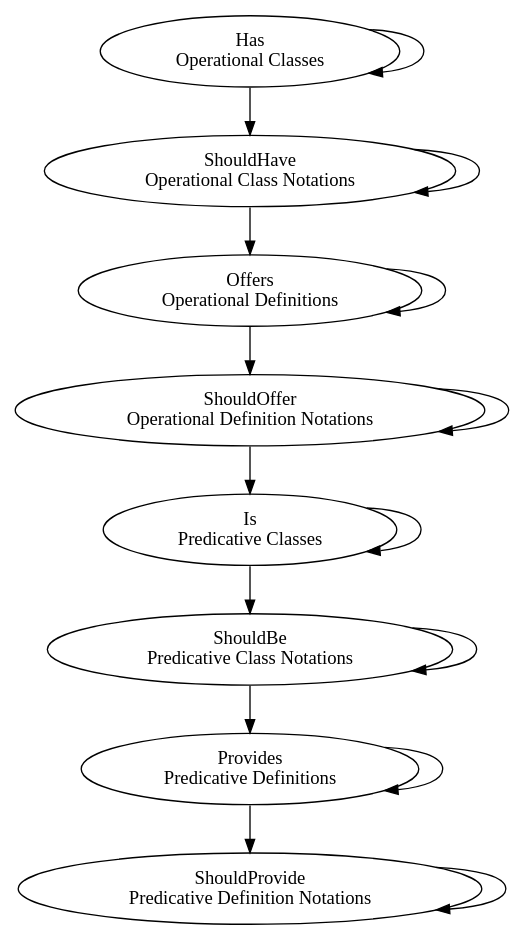
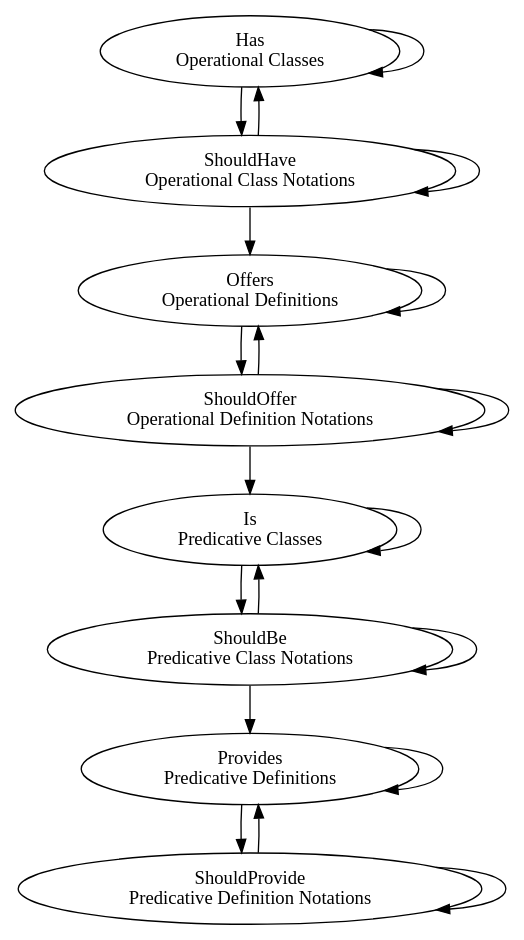
Before and after one commit to Tuplanolla/dez: the diagram in prototype/hierarchy.dot, drawn with Graphviz. The commit also changed 1 other file, not shown here.

```diff
--- a/prototype/hierarchy.dot
+++ b/prototype/hierarchy.dot
@@ -1,78 +1,89 @@
 digraph hierarchy {
   // Ideally, we would use the following alphabetical list.
 
   /*
   Does [label = "\N\nOperational Classes"]
   Entails [label = "\N\nOperational Class Notations"]
   Gives [label = "\N\nOperational Definitions"]
   Has [label = "\N\nOperational Definition Notations"]
   Is [label = "\N\nPredicative Classes"]
   Justifies [label = "\N\nPredicative Class Notations"]
   Provides [label = "\N\nPredicative Definitions"]
   Supports [label = "\N\nPredicative Definition Notations"]
   */
 
   // However, that would require giving up
   // "has" for operational classes or "is" for predicative classes,
   // which we do not want to do.
   // Thus, we would rather use the following list of alphabetical pairs.
 
   /*
   Has [label = "\N\nOperational Classes"]
   a [label = "\N\nOperational Class Notations"]
   b [label = "\N\nOperational Definitions"]
   c [label = "\N\nOperational Definition Notations"]
   Is [label = "\N\nPredicative Classes"]
   d [label = "\N\nPredicative Class Notations"]
   e [label = "\N\nPredicative Definitions"]
   f [label = "\N\nPredicative Definition Notations"]
   */
 
   // Let us try to solve this lattice problem.
 
   /*
   constraints: H < a, a < b, b < c, I < d, d < e, e < f,
                H < I, a < d, b < e, c < f,
                I <> a, a <> b, b <> c, c <> d, d <> e, e <> f
   derived: J <= a, K <= b, L <= c, K <= d, L <= e, O <= f,
            a <= W, b <= X, c <= Y, d <= X, e <= Y, f <= Z
   simplified: J <= a <= W, K <= b <= X, L <= c <= Y,
               K <= d <= X, L <= e <= Y, O <= f <= Z
   combined: J <= a <= W, a < min b d,
             K <= b <= X, b < min c e,
             L <= c <= Y, c < f, K <= d <= X, d < e,
             L <= e <= Y, e < f, O <= f <= Z
   vague: a "is like gives", b "is like implies", c "is like gives",
          d "is like gives", e "is like implies", f "is like gives"
   proposed: a = J(ustifies), b = M(anifests), c = O(ffers),
             d = P(rovides), e = S(upports), f = Y(ields)
   */
 
   // Well, perhaps mnemonic names would work better.
 
   OC [label = "Has\nOperational Classes"]
   OCN [label = "ShouldHave\nOperational Class Notations"]
   OD [label = "Offers\nOperational Definitions"]
   ODN [label = "ShouldOffer\nOperational Definition Notations"]
   PC [label = "Is\nPredicative Classes"]
   PCN [label = "ShouldBe\nPredicative Class Notations"]
   PD [label = "Provides\nPredicative Definitions"]
   PDN [label = "ShouldProvide\nPredicative Definition Notations"]
 
-  OC -> OCN
-  OCN -> OD
-  OD -> ODN
-  ODN -> PC
-  PC -> PCN
-  PCN -> PD
-  PD -> PDN
+  // # Loops
 
   OC -> OC
   OCN -> OCN
   OD -> OD
   ODN -> ODN
   PC -> PC
   PCN -> PCN
   PD -> PD
   PDN -> PDN
+
+  // # Paths
+
+  OC -> OCN
+  OCN -> OD
+  OD -> ODN
+  ODN -> PC
+  PC -> PCN
+  PCN -> PD
+  PD -> PDN
+
+  // # Cycles
+
+  OCN -> OC
+  ODN -> OD
+  PCN -> PC
+  PDN -> PD
 }
```
